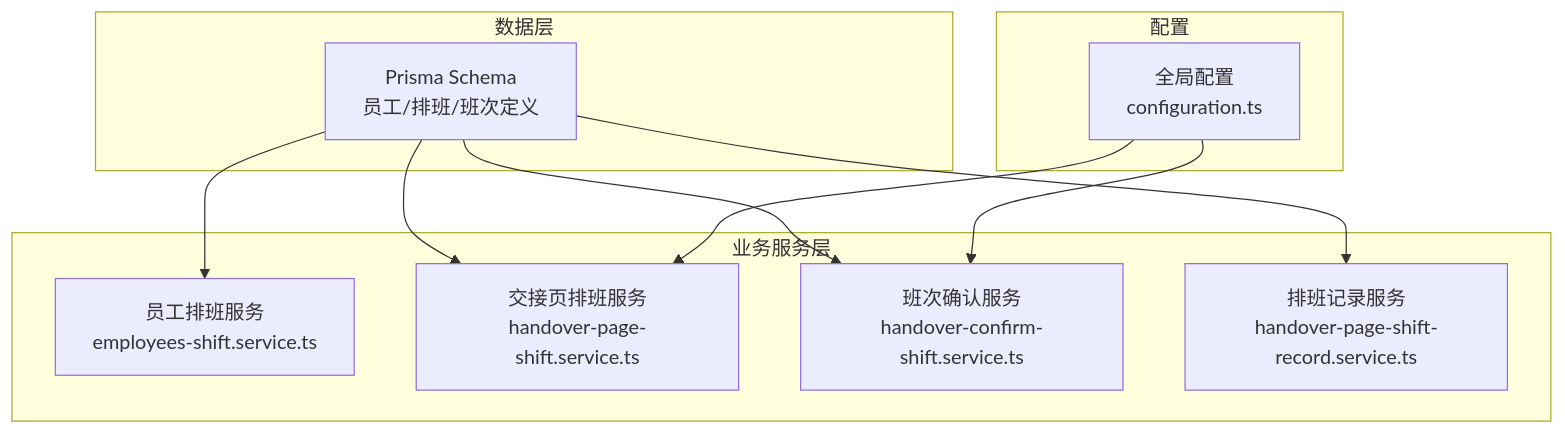
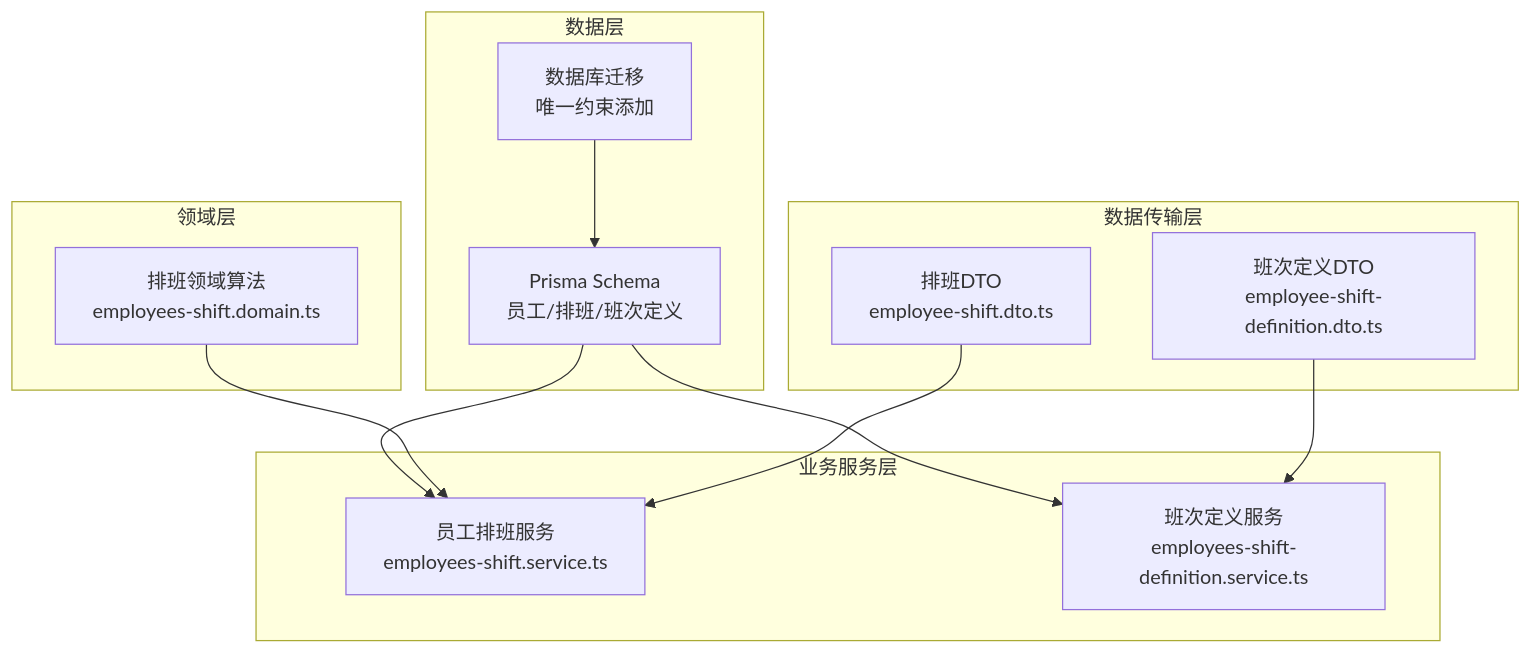
One commit to rc558620/purelyprofit-server changed the first of 6 diagrams in .qoder/repowiki/zh/content/业务模块/员工管理模块/员工排班管理.md. Above: the diagram before and after it, drawn with Mermaid. The commit also changed other lines of this file and 78 other files, not shown here.

````diff
--- a/.qoder/repowiki/zh/content/业务模块/员工管理模块/员工排班管理.md
+++ b/.qoder/repowiki/zh/content/业务模块/员工管理模块/员工排班管理.md
@@ -36,21 +48,24 @@
 ```mermaid
 graph TB
 subgraph "数据层"
 PRISMA["Prisma Schema<br/>员工/排班/班次定义"]
+MIGRATION["数据库迁移<br/>唯一约束添加"]
+end
+subgraph "领域层"
+DOMAIN["排班领域算法<br/>employees-shift.domain.ts"]
 end
 subgraph "业务服务层"
 EMP_SRV["员工排班服务<br/>employees-shift.service.ts"]
-HANDOVER_PAGE["交接页排班服务<br/>handover-page-shift.service.ts"]
-CONFIRM_SHIFT["班次确认服务<br/>handover-confirm-shift.service.ts"]
-RECORD_SERVICE["排班记录服务<br/>handover-page-shift-record.service.ts"]
+DEF_SRV["班次定义服务<br/>employees-shift-definition.service.ts"]
 end
-subgraph "配置"
-CONFIG["全局配置<br/>configuration.ts"]
+subgraph "数据传输层"
+DTO_SHIFT["排班DTO<br/>employee-shift.dto.ts"]
+DTO_DEF["班次定义DTO<br/>employee-shift-definition.dto.ts"]
 end
 PRISMA --> EMP_SRV
-PRISMA --> HANDOVER_PAGE
-PRISMA --> CONFIRM_SHIFT
-PRISMA --> RECORD_SERVICE
-CONFIG --> HANDOVER_PAGE
-CONFIG --> CONFIRM_SHIFT
+PRISMA --> DEF_SRV
+DOMAIN --> EMP_SRV
+DTO_SHIFT --> EMP_SRV
+DTO_DEF --> DEF_SRV
+MIGRATION --> PRISMA
 ```
````
